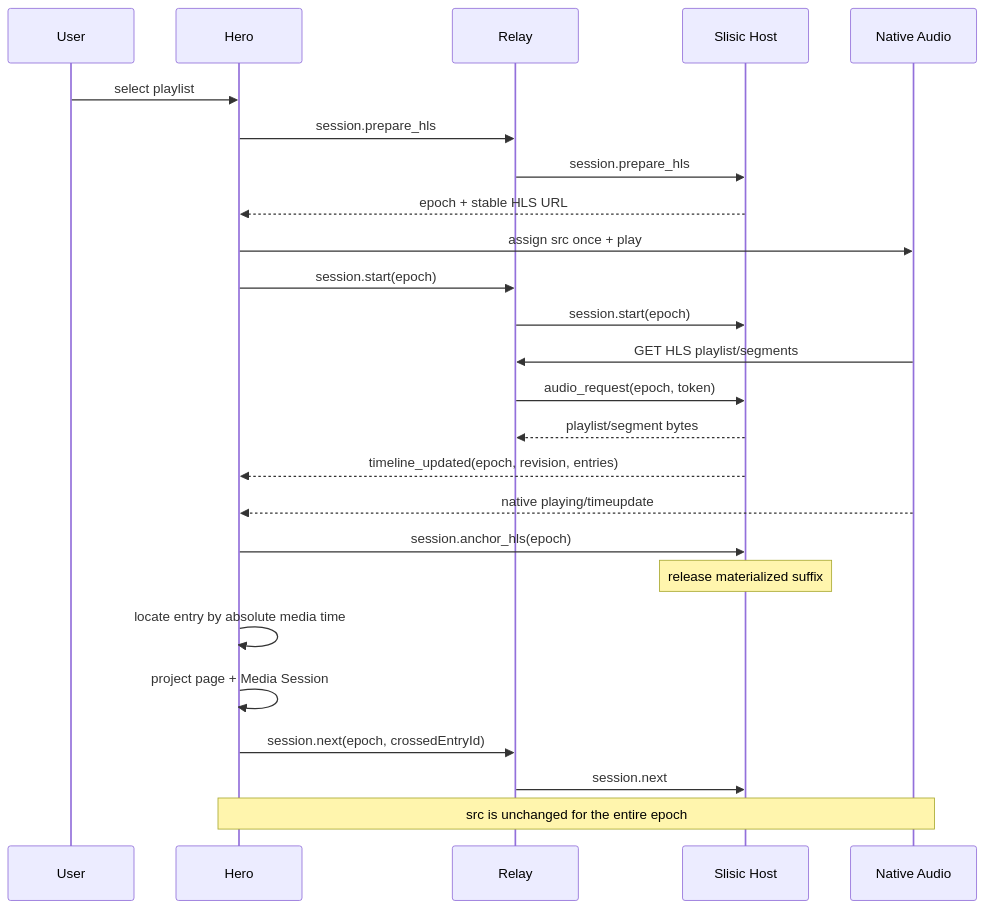
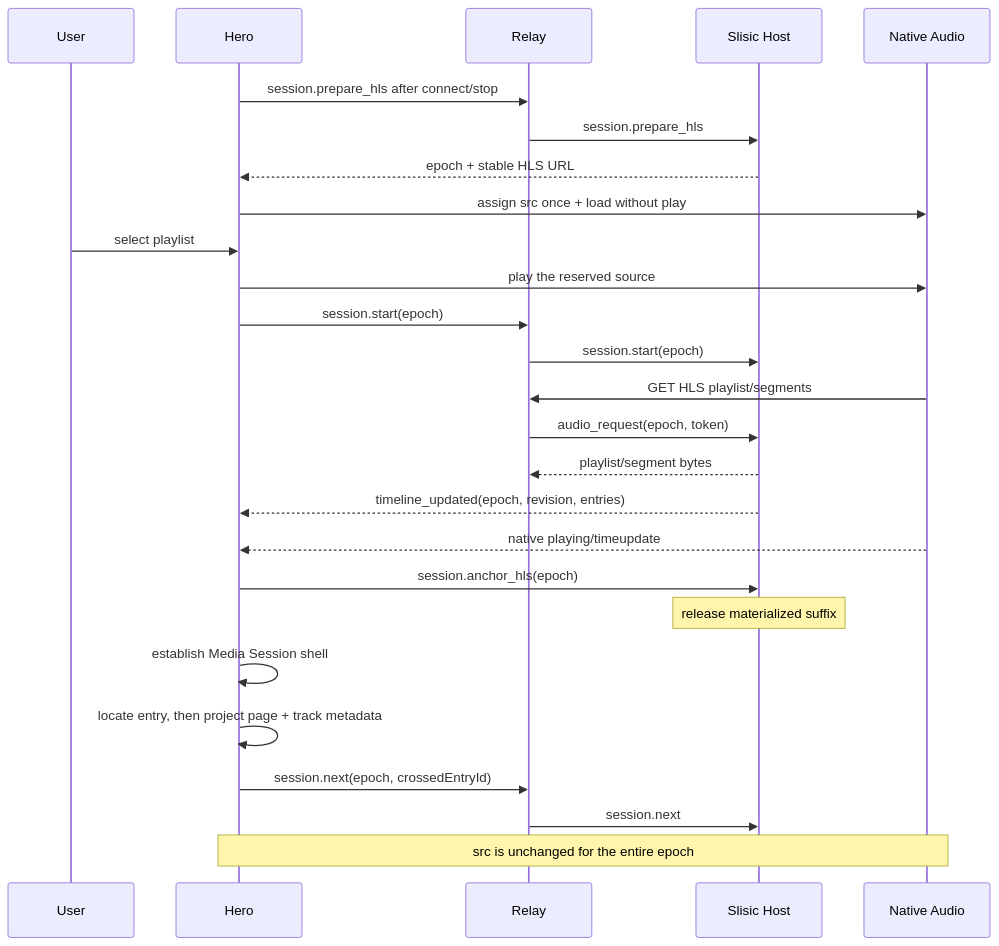
One commit to GrahLnn/slisic changed the diagram in docs/remote-share-hls-architecture.md. Above: the diagram before and after it, drawn with Mermaid. The commit also changed other lines of this file, not shown here.

Commit message:
Define standby HLS media session semantics

````diff
--- a/docs/remote-share-hls-architecture.md
+++ b/docs/remote-share-hls-architecture.md
@@ -513,28 +524,29 @@
 ```mermaid
 sequenceDiagram
   participant U as User
   participant H as Hero
   participant R as Relay
   participant S as Slisic Host
   participant A as Native Audio
 
-  U->>H: select playlist
-  H->>R: session.prepare_hls
+  H->>R: session.prepare_hls after connect/stop
   R->>S: session.prepare_hls
   S-->>H: epoch + stable HLS URL
-  H->>A: assign src once + play
+  H->>A: assign src once + load without play
+  U->>H: select playlist
+  H->>A: play the reserved source
   H->>R: session.start(epoch)
   R->>S: session.start(epoch)
   A->>R: GET HLS playlist/segments
   R->>S: audio_request(epoch, token)
   S-->>R: playlist/segment bytes
   S-->>H: timeline_updated(epoch, revision, entries)
   A-->>H: native playing/timeupdate
   H->>S: session.anchor_hls(epoch)
   Note over S: release materialized suffix
-  H->>H: locate entry by absolute media time
-  H->>H: project page + Media Session
+  H->>H: establish Media Session shell
+  H->>H: locate entry, then project page + track metadata
   H->>R: session.next(epoch, crossedEntryId)
   R->>S: session.next
   Note over H,A: src is unchanged for the entire epoch
 ```
````
